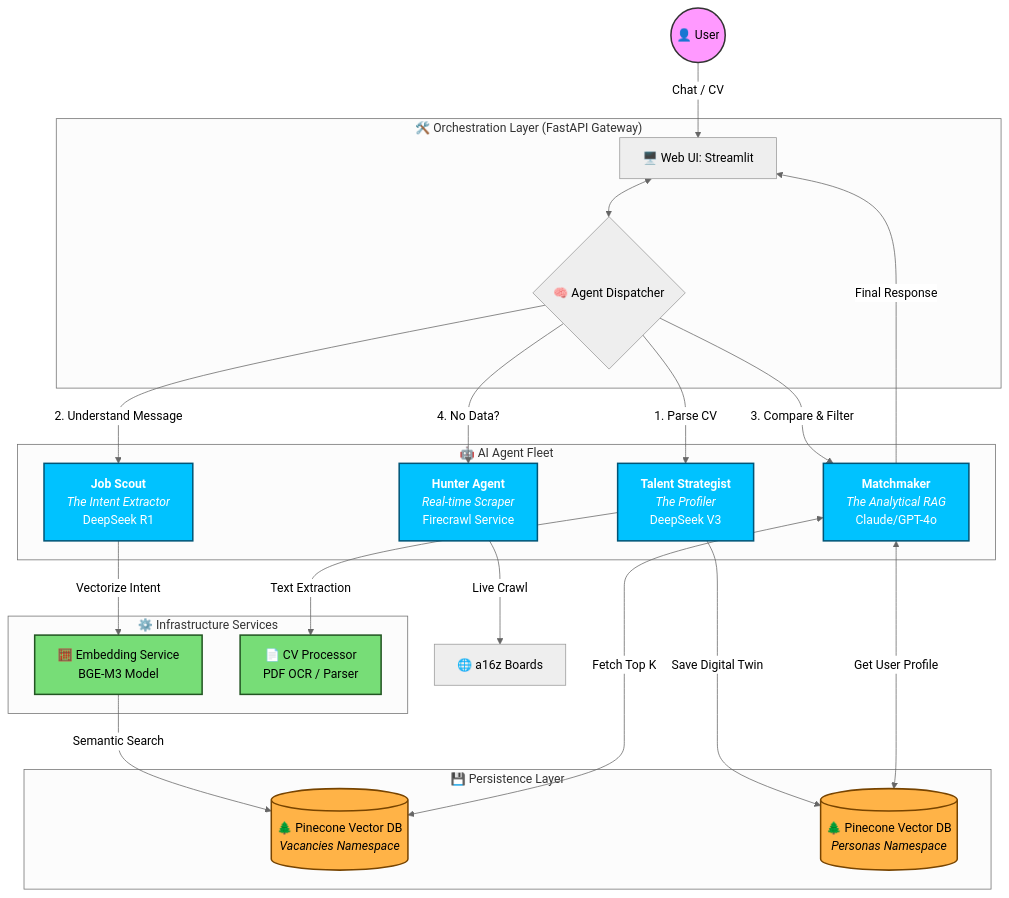
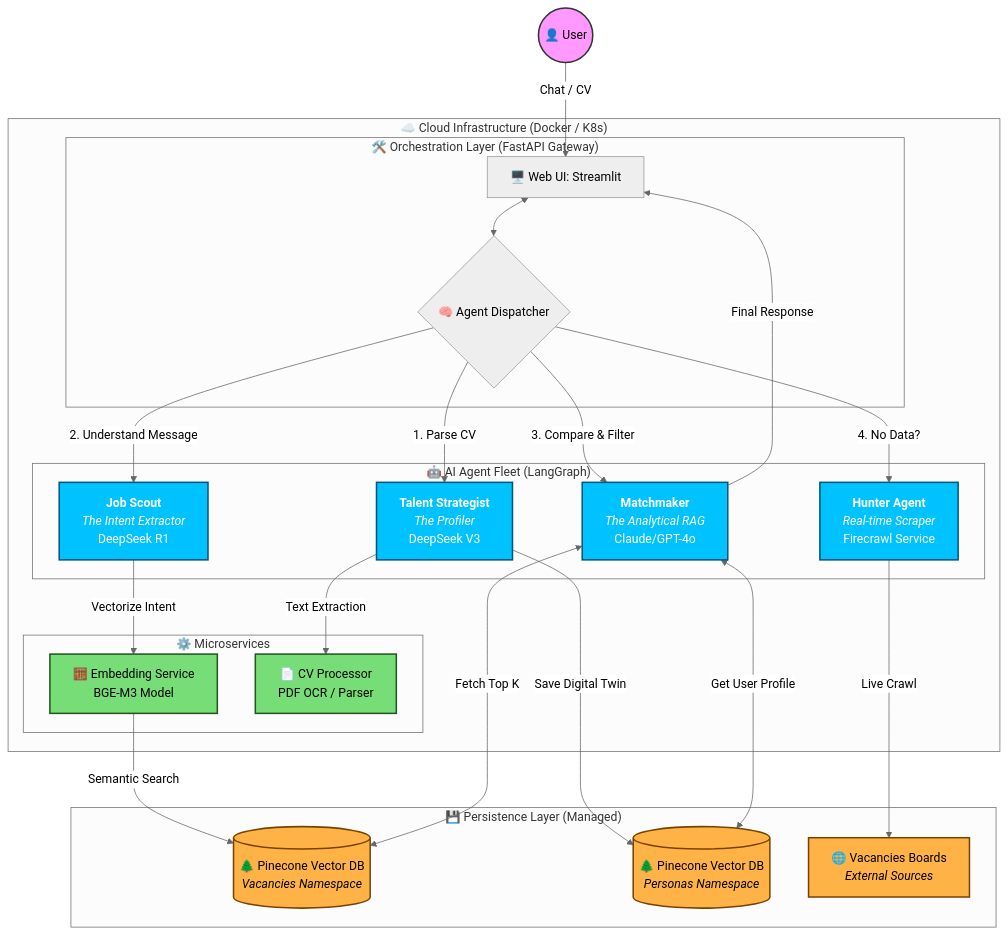
One commit to kkonst-bond-edu/funds-search changed the first of 2 diagrams in README.md. Above: the diagram before and after it, drawn with Mermaid (neutral theme). The commit also changed other lines of this file and 3 other files, not shown here.

````diff
--- a/README.md
+++ b/README.md
@@ -45,54 +68,59 @@
 ```mermaid
 graph TD
     %% Colors and Styles
     classDef user fill:#f9f,stroke:#333,stroke-width:2px;
     classDef agent fill:#00c2ff,stroke:#005577,stroke-width:2px,color:#fff;
     classDef service fill:#77dd77,stroke:#225522,stroke-width:2px;
     classDef database fill:#ffb347,stroke:#774400,stroke-width:2px;
+    classDef infrastructure fill:#e1e1e1,stroke:#666,stroke-width:2px,stroke-dasharray: 5 5;
 
     %% Client Side
     USER((👤 User)):::user -->|Chat / CV| UI[🖥️ Web UI: Streamlit]
 
-    subgraph "🛠️ Orchestration Layer (FastAPI Gateway)"
-        UI <--> HUB{🧠 Agent Dispatcher}
-    end
+    subgraph "☁️ Cloud Infrastructure (Docker / K8s)"
+        
+        subgraph "🛠️ Orchestration Layer (FastAPI Gateway)"
+            UI <--> HUB{🧠 Agent Dispatcher}
+        end
 
-    %% Specialized Agents
-    subgraph "🤖 AI Agent Fleet"
-        TS[<b>Talent Strategist</b><br/><i>The Profiler</i><br/>DeepSeek V3]:::agent
-        JS[<b>Job Scout</b><br/><i>The Intent Extractor</i><br/>DeepSeek R1]:::agent
-        MM[<b>Matchmaker</b><br/><i>The Analytical RAG</i><br/>Claude/GPT-4o]:::agent
-        HA[<b>Hunter Agent</b><br/><i>Real-time Scraper</i><br/>Firecrawl Service]:::agent
-    end
+        %% Specialized Agents
+        subgraph "🤖 AI Agent Fleet (LangGraph)"
+            TS[<b>Talent Strategist</b><br/><i>The Profiler</i><br/>DeepSeek V3]:::agent
+            JS[<b>Job Scout</b><br/><i>The Intent Extractor</i><br/>DeepSeek R1]:::agent
+            MM[<b>Matchmaker</b><br/><i>The Analytical RAG</i><br/>Claude/GPT-4o]:::agent
+            HA[<b>Hunter Agent</b><br/><i>Real-time Scraper</i><br/>Firecrawl Service]:::agent
+        end
 
-    %% Internal Services
-    subgraph "⚙️ Infrastructure Services"
-        EMB[🧮 Embedding Service<br/>BGE-M3 Model]:::service
-        CV[📄 CV Processor<br/>PDF OCR / Parser]:::service
+        %% Internal Services
+        subgraph "⚙️ Microservices"
+            EMB[🧮 Embedding Service<br/>BGE-M3 Model]:::service
+            CV[📄 CV Processor<br/>PDF OCR / Parser]:::service
+        end
     end
 
     %% Data Storage
-    subgraph "💾 Persistence Layer"
+    subgraph "💾 Persistence Layer (Managed)"
         PC[(🌲 Pinecone Vector DB<br/><i>Vacancies Namespace</i>)]:::database
         PC2[(🌲 Pinecone Vector DB<br/><i>Personas Namespace</i>)]:::database
+        EXT[🌐 Vacancies Boards<br/><i>External Sources</i>]:::database
     end
 
     %% Connections
     HUB -->|1. Parse CV| TS
     TS -->|Text Extraction| CV
     TS -->|Save Digital Twin| PC2
 
     HUB -->|2. Understand Message| JS
     JS -->|Vectorize Intent| EMB
     EMB -->|Semantic Search| PC
 
     HUB -->|3. Compare & Filter| MM
     MM <-->|Fetch Top K| PC
     MM <-->|Get User Profile| PC2
 
     HUB -->|4. No Data?| HA
-    HA -->|Live Crawl| a16z_Jobs[🌐 a16z Boards]
+    HA -->|Live Crawl| EXT
 
     %% Feedback loop
     MM -->|Final Response| UI
 ```
````
